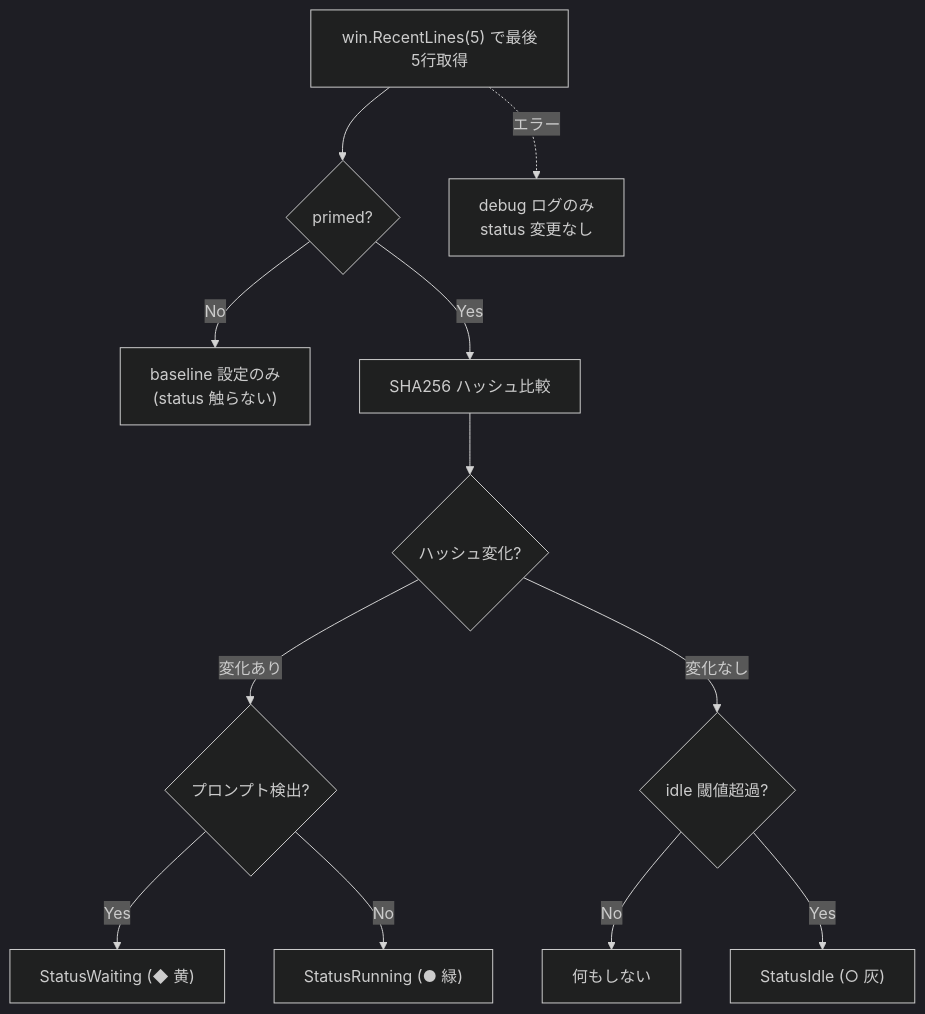
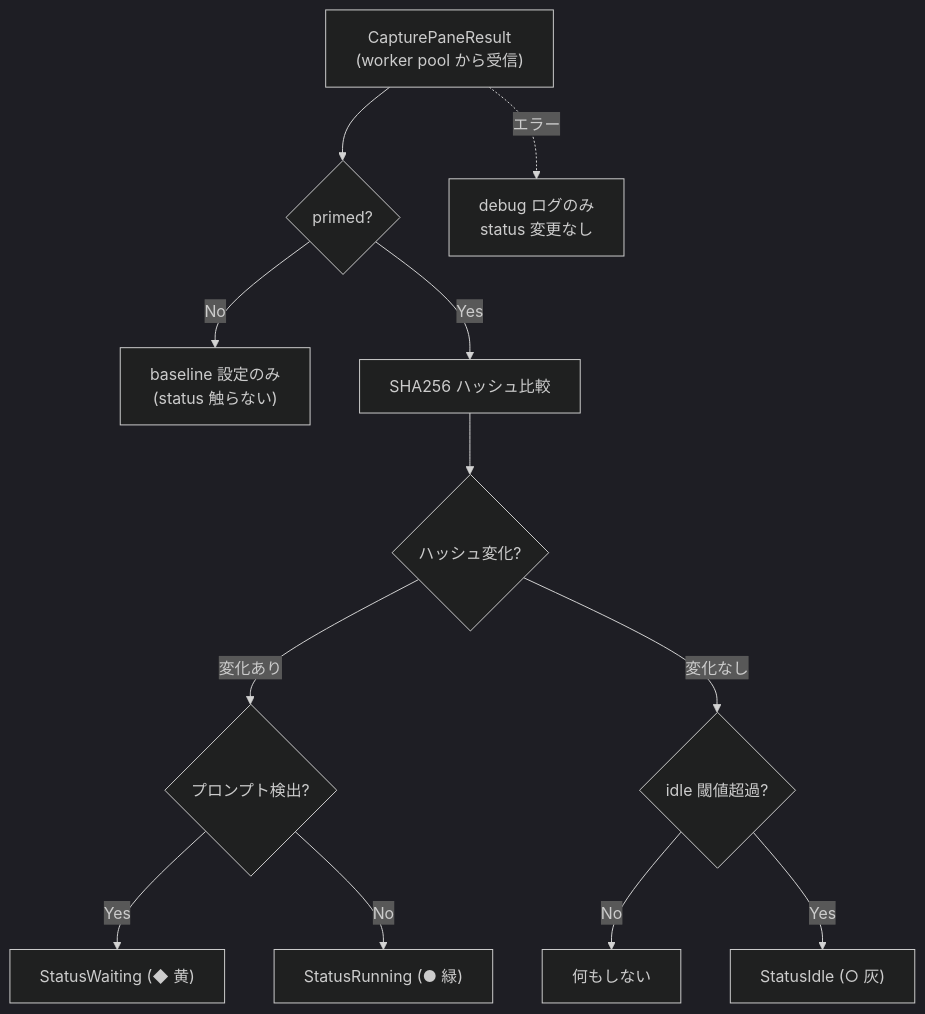
Before and after one commit to takezoh/agent-roost: the tenth of 12 diagrams in ARCHITECTURE.md, drawn with Mermaid (dark theme). The commit also changed other lines of this file, not shown here.

First line of the commit message:
Rewrite ARCHITECTURE.md for FCIS architecture

````diff
--- a/ARCHITECTURE.md
+++ b/ARCHITECTURE.md
@@ -906,14 +873,14 @@
 ```mermaid
 flowchart TD
-    cap["win.RecentLines(5) で最後5行取得"] --> primed{primed?}
+    cap["CapturePaneResult<br/>(worker pool から受信)"] --> primed{primed?}
     primed -->|No| baseline["baseline 設定のみ<br/>(status 触らない)"]
     primed -->|Yes| hash[SHA256 ハッシュ比較]
     hash --> changed{ハッシュ変化?}
     changed -->|変化あり| prompt{プロンプト検出?}
     prompt -->|Yes| waiting["StatusWaiting (◆ 黄)"]
     prompt -->|No| running["StatusRunning (● 緑)"]
     changed -->|変化なし| threshold{idle 閾値超過?}
     threshold -->|No| keep[何もしない]
     threshold -->|Yes| idle["StatusIdle (○ 灰)"]
     cap -.->|エラー| log[debug ログのみ<br/>status 変更なし]
 ```
````
